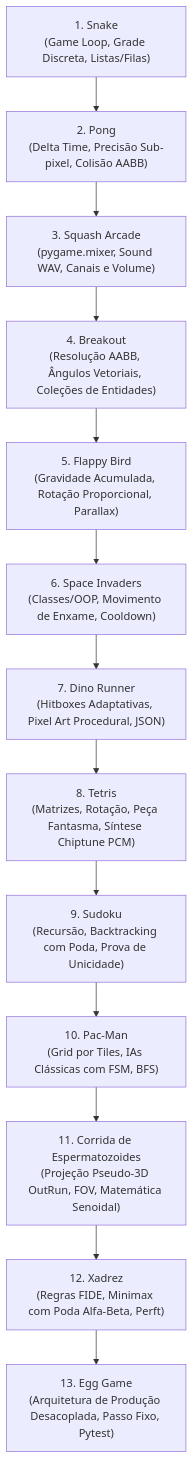
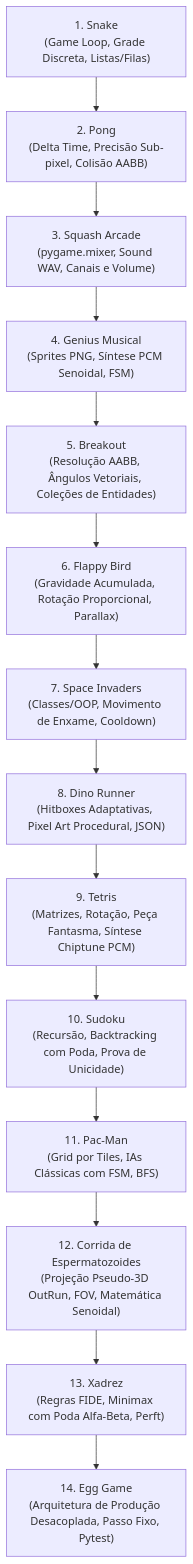
Before and after one commit to elzobrito/jogos-python: the diagram in README.md, drawn with Mermaid. The commit also changed other lines of this file and 19 other files, not shown here.

Commit message:
Genius Musical: jogo de memória com sprites e som sintetizado

````diff
--- a/README.md
+++ b/README.md
@@ -532,15 +566,16 @@
 ```mermaid
 flowchart TD
     A["1. Snake<br/>(Game Loop, Grade Discreta, Listas/Filas)"] --> B["2. Pong<br/>(Delta Time, Precisão Sub-pixel, Colisão AABB)"]
     B --> C["3. Squash Arcade<br/>(pygame.mixer, Sound WAV, Canais e Volume)"]
-    C --> D["4. Breakout<br/>(Resolução AABB, Ângulos Vetoriais, Coleções de Entidades)"]
-    D --> E["5. Flappy Bird<br/>(Gravidade Acumulada, Rotação Proporcional, Parallax)"]
-    E --> F["6. Space Invaders<br/>(Classes/OOP, Movimento de Enxame, Cooldown)"]
-    F --> G["7. Dino Runner<br/>(Hitboxes Adaptativas, Pixel Art Procedural, JSON)"]
-    G --> H["8. Tetris<br/>(Matrizes, Rotação, Peça Fantasma, Síntese Chiptune PCM)"]
-    H --> I["9. Sudoku<br/>(Recursão, Backtracking com Poda, Prova de Unicidade)"]
-    I --> J["10. Pac-Man<br/>(Grid por Tiles, IAs Clássicas com FSM, BFS)"]
-    J --> K["11. Corrida de Espermatozoides<br/>(Projeção Pseudo-3D OutRun, FOV, Matemática Senoidal)"]
-    K --> L["12. Xadrez<br/>(Regras FIDE, Minimax com Poda Alfa-Beta, Perft)"]
-    L --> M["13. Egg Game<br/>(Arquitetura de Produção Desacoplada, Passo Fixo, Pytest)"]
+    C --> D["4. Genius Musical<br/>(Sprites PNG, Síntese PCM Senoidal, FSM)"]
+    D --> E["5. Breakout<br/>(Resolução AABB, Ângulos Vetoriais, Coleções de Entidades)"]
+    E --> F["6. Flappy Bird<br/>(Gravidade Acumulada, Rotação Proporcional, Parallax)"]
+    F --> G["7. Space Invaders<br/>(Classes/OOP, Movimento de Enxame, Cooldown)"]
+    G --> H["8. Dino Runner<br/>(Hitboxes Adaptativas, Pixel Art Procedural, JSON)"]
+    H --> I["9. Tetris<br/>(Matrizes, Rotação, Peça Fantasma, Síntese Chiptune PCM)"]
+    I --> J["10. Sudoku<br/>(Recursão, Backtracking com Poda, Prova de Unicidade)"]
+    J --> K["11. Pac-Man<br/>(Grid por Tiles, IAs Clássicas com FSM, BFS)"]
+    K --> L["12. Corrida de Espermatozoides<br/>(Projeção Pseudo-3D OutRun, FOV, Matemática Senoidal)"]
+    L --> M["13. Xadrez<br/>(Regras FIDE, Minimax com Poda Alfa-Beta, Perft)"]
+    M --> N["14. Egg Game<br/>(Arquitetura de Produção Desacoplada, Passo Fixo, Pytest)"]
 ```
````
